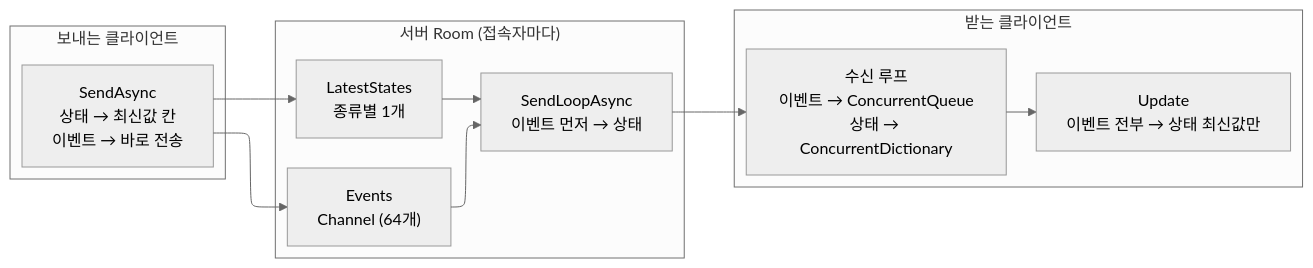
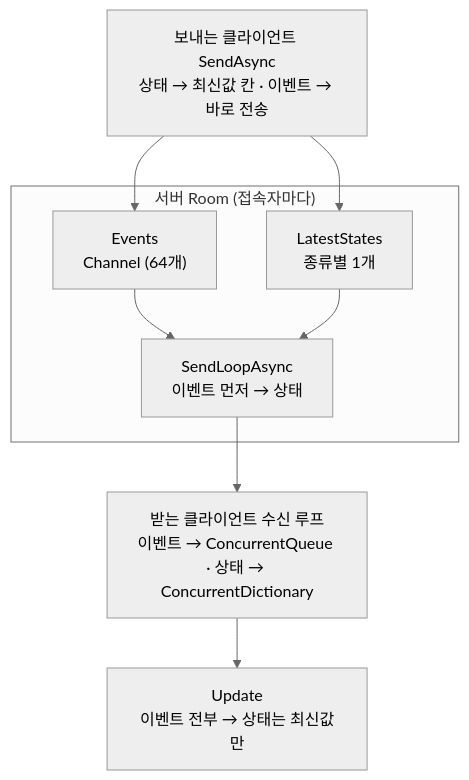
Before and after one commit to Lets-Gitit/portfolio: the fourth of 6 diagrams in src/3-Thief/프로젝트문서.md, drawn with Mermaid (neutral theme). The commit also changed other lines of this file and 8 other files, not shown here.

````diff
--- a/src/3-Thief/프로젝트문서.md
+++ b/src/3-Thief/프로젝트문서.md
@@ -361,25 +297,17 @@
 ```mermaid
----
-config:
-  layout: elk
----
-flowchart LR
-    subgraph C1["보내는 클라이언트"]
-        S1["SendAsync<br/>상태 → 최신값 칸<br/>이벤트 → 바로 전송"]
-    end
+flowchart TB
+    S1["보내는 클라이언트 SendAsync<br/>상태 → 최신값 칸 · 이벤트 → 바로 전송"]
     subgraph SV["서버 Room (접속자마다)"]
         Q1["Events<br/>Channel (64개)"]
         Q2["LatestStates<br/>종류별 1개"]
         L["SendLoopAsync<br/>이벤트 먼저 → 상태"]
         Q1 --> L
         Q2 --> L
     end
-    subgraph C2["받는 클라이언트"]
-        R1["수신 루프<br/>이벤트 → ConcurrentQueue<br/>상태 → ConcurrentDictionary"]
-        U["Update<br/>이벤트 전부 → 상태 최신값만"]
-        R1 --> U
-    end
+    R1["받는 클라이언트 수신 루프<br/>이벤트 → ConcurrentQueue · 상태 → ConcurrentDictionary"]
+    U["Update<br/>이벤트 전부 → 상태는 최신값만"]
     S1 --> Q1
     S1 --> Q2
     L --> R1
+    R1 --> U
 ```
````
